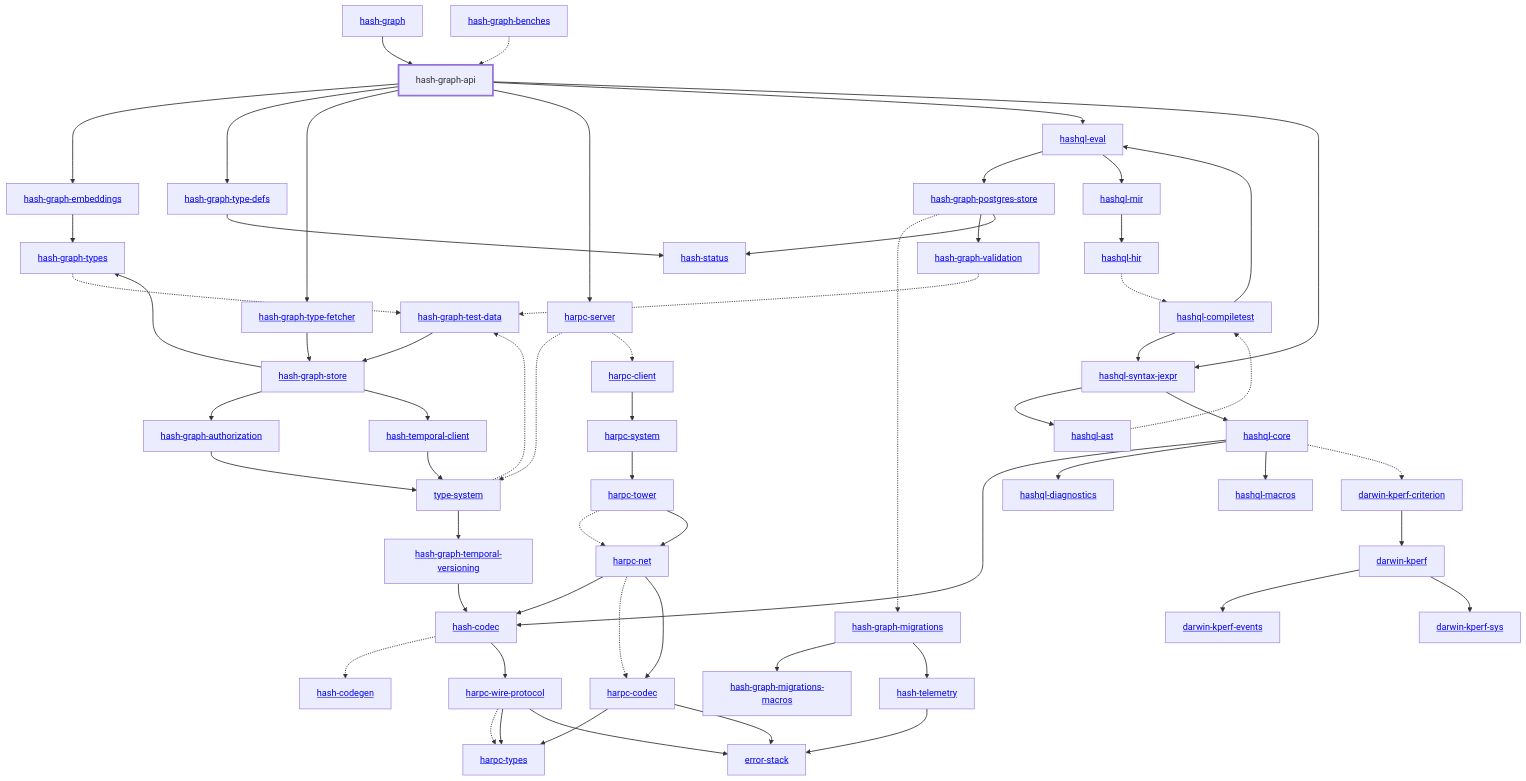
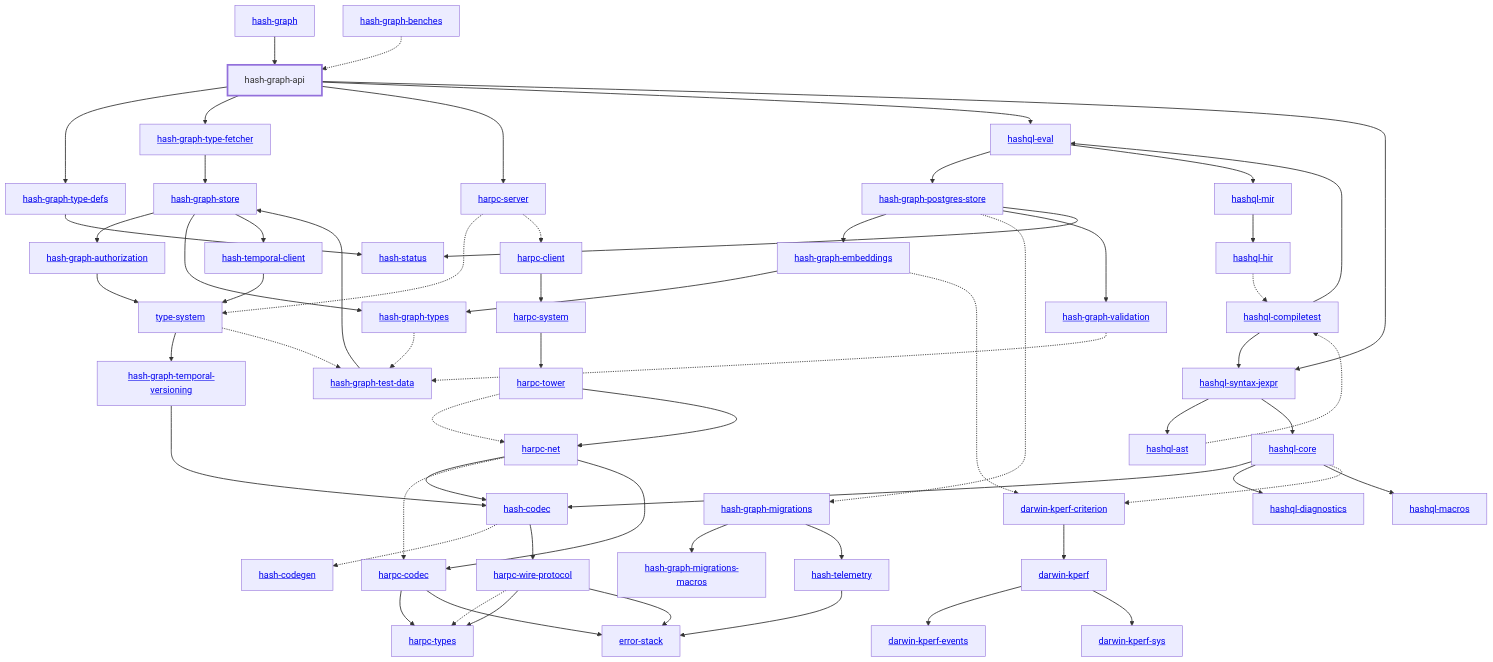
The diagram in libs/@local/graph/api/docs/dependency-diagram.mmd (AKJUS/akin-hash), drawn with Mermaid before and after one commit. The commit also changed 52 other files, not shown here.

```diff
--- a/libs/@local/graph/api/docs/dependency-diagram.mmd
+++ b/libs/@local/graph/api/docs/dependency-diagram.mmd
@@ -1,114 +1,115 @@
 graph TD
     linkStyle default stroke-width:1.5px
     classDef default stroke-width:1px
     classDef root stroke-width:3px
     classDef dev stroke-width:1px
     classDef build stroke-width:1px
     %% Legend
     %% --> : Normal dependency
     %% -.-> : Dev dependency
     %% ---> : Build dependency
     0[<a href="../hash_graph/index.html">hash-graph</a>]
     1[<a href="../type_system/index.html">type-system</a>]
     2[<a href="../hash_codec/index.html">hash-codec</a>]
     3[<a href="../hash_codegen/index.html">hash-codegen</a>]
     4[hash-graph-api]
     class 4 root
     5[<a href="../hash_graph_authorization/index.html">hash-graph-authorization</a>]
     6[<a href="../hash_graph_embeddings/index.html">hash-graph-embeddings</a>]
     7[<a href="../hash_graph_migrations/index.html">hash-graph-migrations</a>]
     8[<a href="../hash_graph_migrations_macros/index.html">hash-graph-migrations-macros</a>]
     9[<a href="../hash_graph_postgres_store/index.html">hash-graph-postgres-store</a>]
     10[<a href="../hash_graph_store/index.html">hash-graph-store</a>]
     11[<a href="../hash_graph_temporal_versioning/index.html">hash-graph-temporal-versioning</a>]
     12[<a href="../hash_graph_type_defs/index.html">hash-graph-type-defs</a>]
     13[<a href="../hash_graph_type_fetcher/index.html">hash-graph-type-fetcher</a>]
     14[<a href="../hash_graph_types/index.html">hash-graph-types</a>]
     15[<a href="../hash_graph_validation/index.html">hash-graph-validation</a>]
     16[<a href="../harpc_client/index.html">harpc-client</a>]
     17[<a href="../harpc_codec/index.html">harpc-codec</a>]
     18[<a href="../harpc_net/index.html">harpc-net</a>]
     19[<a href="../harpc_server/index.html">harpc-server</a>]
     20[<a href="../harpc_system/index.html">harpc-system</a>]
     21[<a href="../harpc_tower/index.html">harpc-tower</a>]
     22[<a href="../harpc_types/index.html">harpc-types</a>]
     23[<a href="../harpc_wire_protocol/index.html">harpc-wire-protocol</a>]
     24[<a href="../hashql_ast/index.html">hashql-ast</a>]
     25[<a href="../hashql_compiletest/index.html">hashql-compiletest</a>]
     26[<a href="../hashql_core/index.html">hashql-core</a>]
     27[<a href="../hashql_diagnostics/index.html">hashql-diagnostics</a>]
     28[<a href="../hashql_eval/index.html">hashql-eval</a>]
     29[<a href="../hashql_hir/index.html">hashql-hir</a>]
     30[<a href="../hashql_macros/index.html">hashql-macros</a>]
     31[<a href="../hashql_mir/index.html">hashql-mir</a>]
     32[<a href="../hashql_syntax_jexpr/index.html">hashql-syntax-jexpr</a>]
     33[<a href="../hash_status/index.html">hash-status</a>]
     34[<a href="../hash_telemetry/index.html">hash-telemetry</a>]
     35[<a href="../hash_temporal_client/index.html">hash-temporal-client</a>]
     36[<a href="../darwin_kperf/index.html">darwin-kperf</a>]
     37[<a href="../darwin_kperf_criterion/index.html">darwin-kperf-criterion</a>]
     38[<a href="../darwin_kperf_events/index.html">darwin-kperf-events</a>]
     39[<a href="../darwin_kperf_sys/index.html">darwin-kperf-sys</a>]
     40[<a href="../error_stack/index.html">error-stack</a>]
     41[<a href="../hash_graph_benches/index.html">hash-graph-benches</a>]
     42[<a href="../hash_graph_test_data/index.html">hash-graph-test-data</a>]
     0 --> 4
     1 --> 11
     1 -.-> 42
     2 -.-> 3
     2 --> 23
-    4 --> 6
     4 --> 12
     4 --> 13
     4 --> 19
     4 --> 28
     4 --> 32
     5 --> 1
     6 --> 14
+    6 -.-> 37
     7 --> 8
     7 --> 34
+    9 --> 6
     9 -.-> 7
     9 --> 15
     9 --> 33
     10 --> 5
     10 --> 14
     10 --> 35
     11 --> 2
     12 --> 33
     13 --> 10
     14 -.-> 42
     15 -.-> 42
     16 --> 20
     17 --> 22
     17 --> 40
     18 --> 2
     18 -.-> 17
     18 --> 17
     19 -.-> 1
     19 -.-> 16
     20 --> 21
     21 -.-> 18
     21 --> 18
     23 -.-> 22
     23 --> 22
     23 --> 40
     24 -.-> 25
     25 --> 28
     25 --> 32
     26 --> 2
     26 --> 27
     26 --> 30
     26 -.-> 37
     28 --> 9
     28 --> 31
     29 -.-> 25
     31 --> 29
     32 --> 24
     32 --> 26
     34 --> 40
     35 --> 1
     36 --> 38
     36 --> 39
     37 --> 36
     41 -.-> 4
     42 --> 10
```
